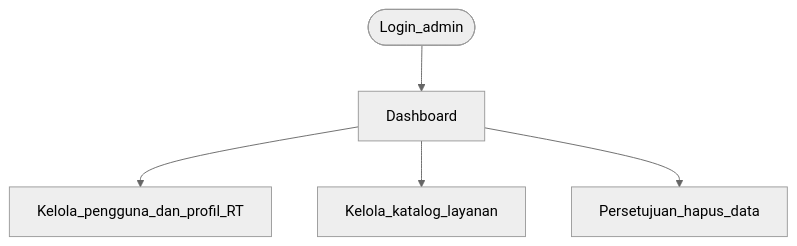
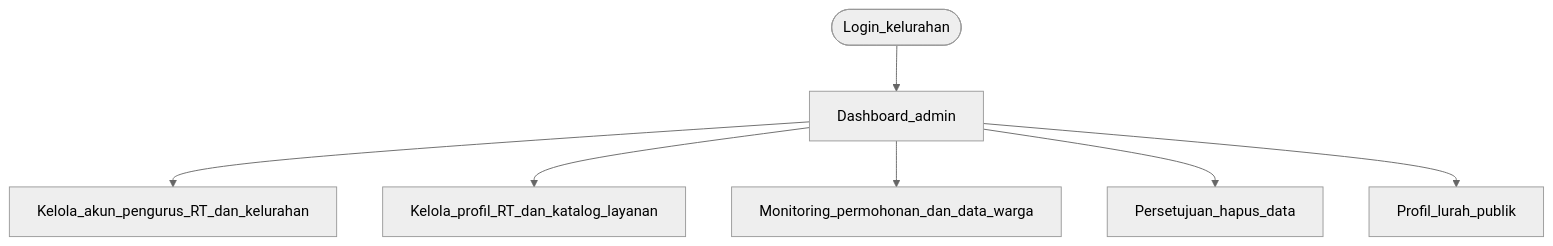
The fifth of 7 diagrams in docs/RINGKASAN-SISTEM.md (alfon00/wargaupdate), drawn with Mermaid (neutral theme) before and after one commit. The commit also changed other lines of this file and 105 other files, not shown here.

````diff
--- a/docs/RINGKASAN-SISTEM.md
+++ b/docs/RINGKASAN-SISTEM.md
@@ -340,7 +342,9 @@
 ```mermaid
 flowchart TD
-    A([Login_admin]) --> B[Dashboard]
-    B --> C[Kelola_pengguna_dan_profil_RT]
-    B --> D[Kelola_katalog_layanan]
-    B --> E[Persetujuan_hapus_data]
+    A([Login_kelurahan]) --> B[Dashboard_admin]
+    B --> C[Kelola_akun_pengurus_RT_dan_kelurahan]
+    B --> D[Kelola_profil_RT_dan_katalog_layanan]
+    B --> E[Monitoring_permohonan_dan_data_warga]
+    B --> F[Persetujuan_hapus_data]
+    B --> G[Profil_lurah_publik]
 ```
````
